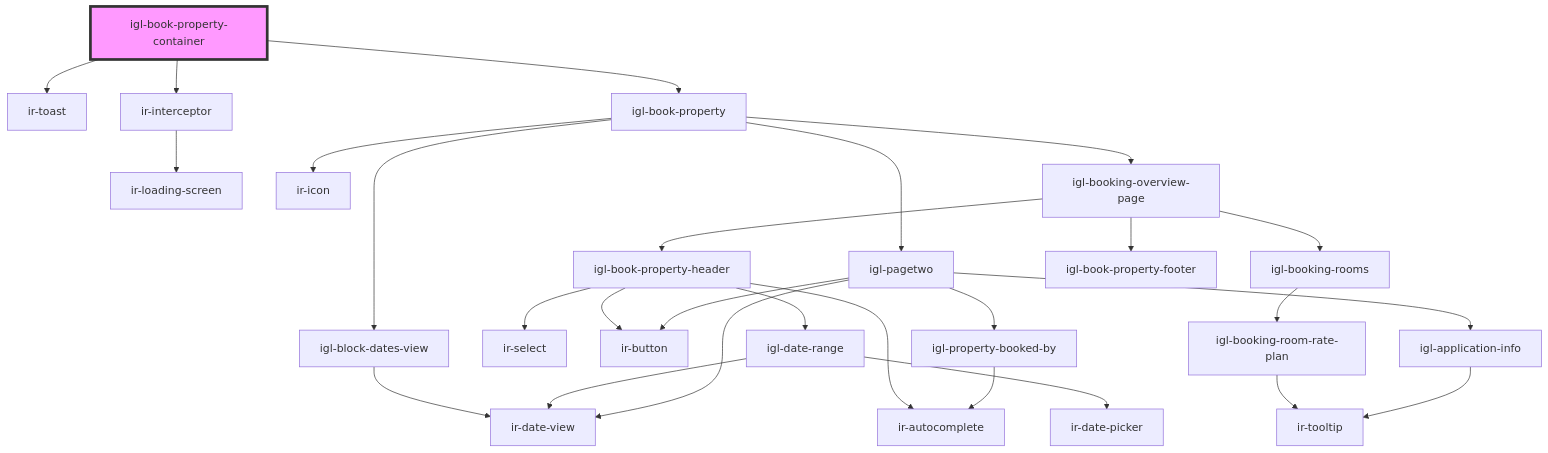
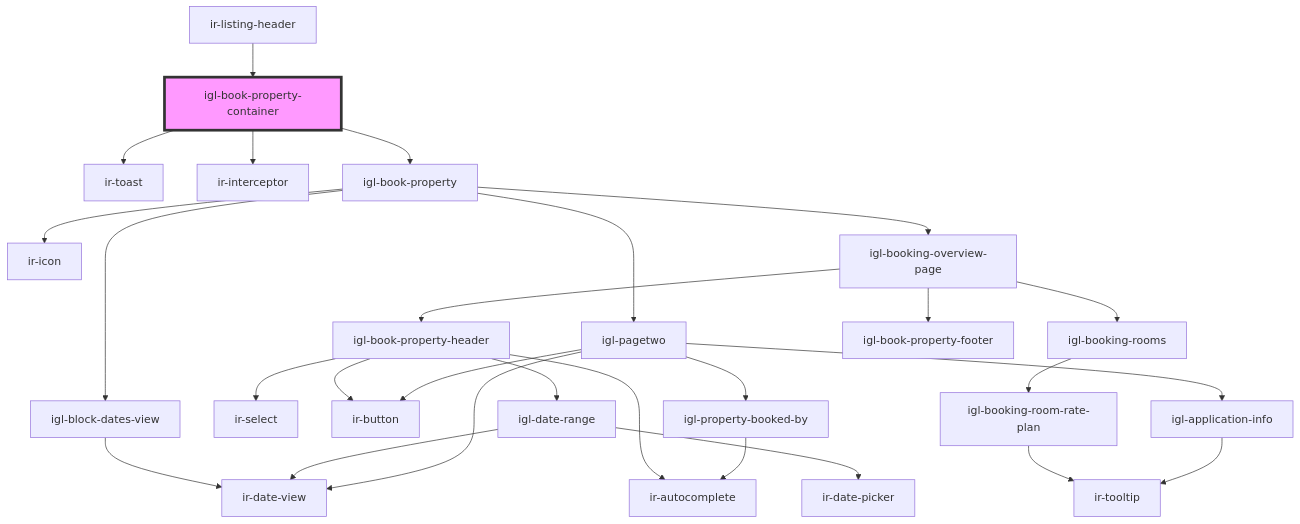
One commit to RonyRizk/ir-webcmp changed the diagram in src/components/igl-book-property-container/readme.md. Above: the diagram before and after it, drawn with Mermaid. The commit also changed other lines of this file and 52 other files, not shown here.

````diff
--- a/src/components/igl-book-property-container/readme.md
+++ b/src/components/igl-book-property-container/readme.md
@@ -36,30 +41,30 @@
 ```mermaid
 graph TD;
   igl-book-property-container --> ir-toast
   igl-book-property-container --> ir-interceptor
   igl-book-property-container --> igl-book-property
-  ir-interceptor --> ir-loading-screen
   igl-book-property --> igl-block-dates-view
   igl-book-property --> ir-icon
   igl-book-property --> igl-booking-overview-page
   igl-book-property --> igl-pagetwo
   igl-block-dates-view --> ir-date-view
   igl-booking-overview-page --> igl-book-property-header
   igl-booking-overview-page --> igl-booking-rooms
   igl-booking-overview-page --> igl-book-property-footer
   igl-book-property-header --> ir-autocomplete
   igl-book-property-header --> ir-select
   igl-book-property-header --> ir-button
   igl-book-property-header --> igl-date-range
   igl-date-range --> ir-date-picker
   igl-date-range --> ir-date-view
   igl-booking-rooms --> igl-booking-room-rate-plan
   igl-booking-room-rate-plan --> ir-tooltip
   igl-pagetwo --> ir-date-view
   igl-pagetwo --> igl-application-info
   igl-pagetwo --> igl-property-booked-by
   igl-pagetwo --> ir-button
   igl-application-info --> ir-tooltip
   igl-property-booked-by --> ir-autocomplete
+  ir-listing-header --> igl-book-property-container
   style igl-book-property-container fill:#f9f,stroke:#333,stroke-width:4px
 ```
````
